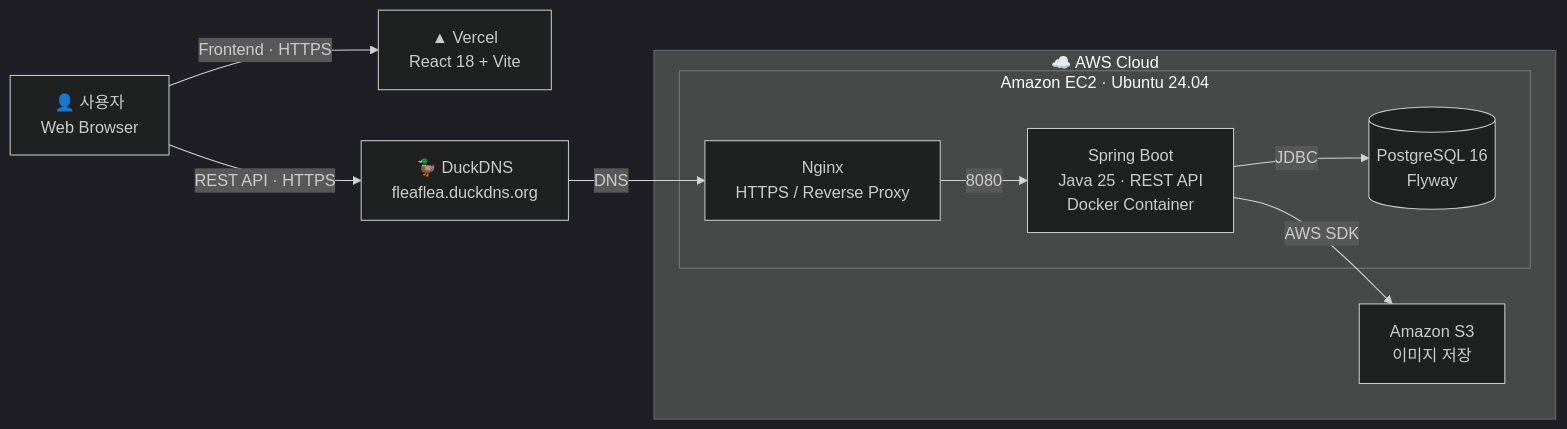
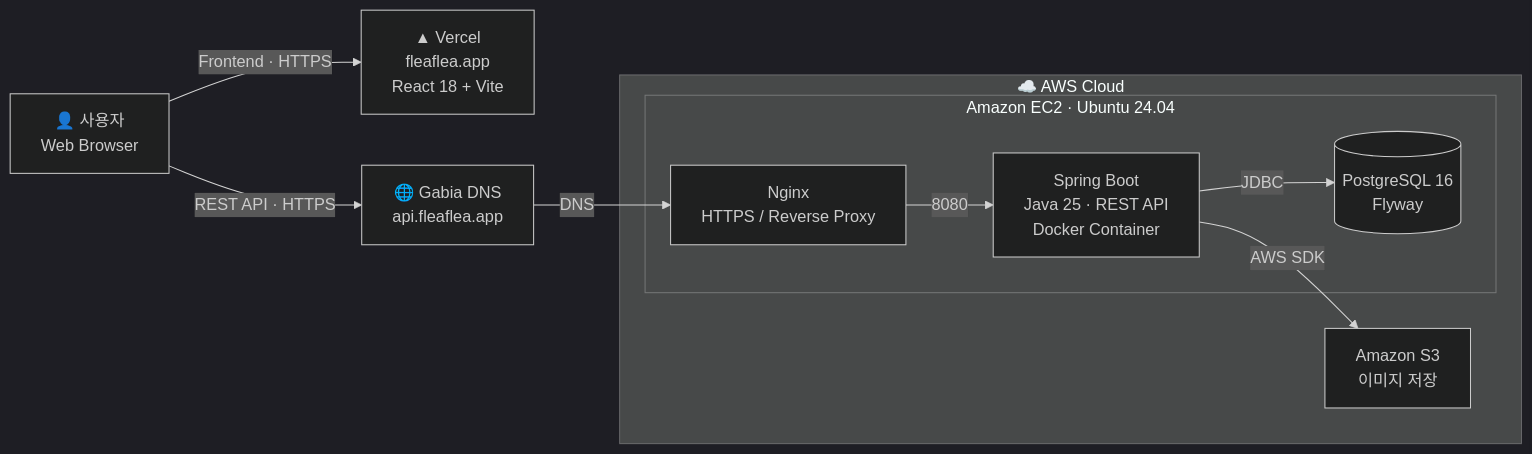
Before and after one commit to hyundai-autoever-team3/fleaflea-backend: the diagram in README.md, drawn with Mermaid (dark theme). The commit also changed other lines of this file and 4 other files, not shown here.

````diff
--- a/README.md
+++ b/README.md
@@ -15,34 +15,34 @@
 ```mermaid
 flowchart LR
 
     USER["👤 사용자<br/>Web Browser"]
 
-    VERCEL["▲ Vercel<br/>React 18 + Vite"]
+    VERCEL["▲ Vercel<br/>fleaflea.app<br/>React 18 + Vite"]
 
-    DNS["🦆 DuckDNS<br/>fleaflea.duckdns.org"]
+    DNS["🌐 Gabia DNS<br/>api.fleaflea.app"]
 
     subgraph AWS["☁️ AWS Cloud"]
 
         subgraph EC2["Amazon EC2 · Ubuntu 24.04"]
 
             NGINX["Nginx<br/>HTTPS / Reverse Proxy"]
 
             APP["Spring Boot<br/>Java 25 · REST API<br/>Docker Container"]
 
             DB[("PostgreSQL 16<br/>Flyway")]
 
             APP -->|"JDBC"| DB
             NGINX -->|"8080"| APP
         end
 
         S3["Amazon S3<br/>이미지 저장"]
 
         APP -->|"AWS SDK"| S3
     end
 
     USER -->|"Frontend · HTTPS"| VERCEL
 
     USER -->|"REST API · HTTPS"| DNS
 
     DNS -->|"DNS"| NGINX
 ```
````
